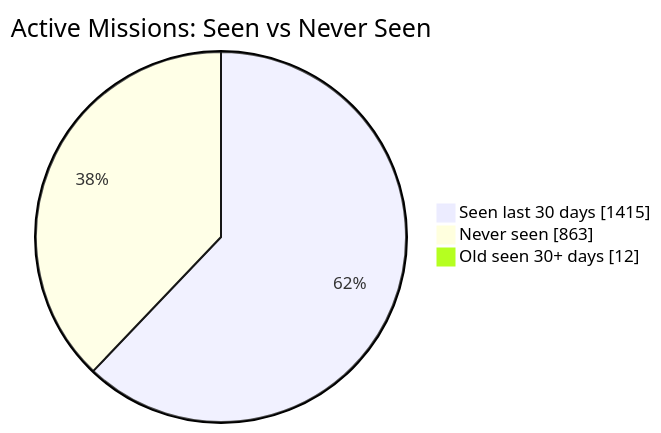
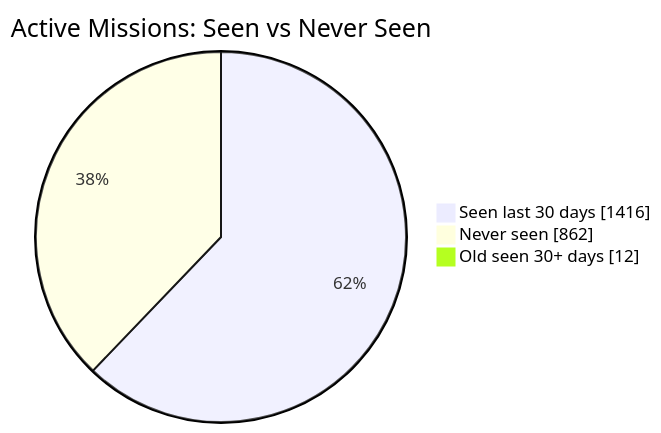
One commit to MeldkamerspelGameTeam/active-missions changed the first of 2 diagrams in README.md. Above: the diagram before and after it, drawn with Mermaid. The commit also changed other lines of this file and 2 other files, not shown here.

````diff
--- a/README.md
+++ b/README.md
@@ -34,7 +34,7 @@
 ```mermaid
 pie showData
     title Active Missions: Seen vs Never Seen
-    "Seen last 30 days" : 1415
-    "Never seen" : 863
+    "Seen last 30 days" : 1416
+    "Never seen" : 862
     "Old seen 30+ days" : 12
 ```
````
